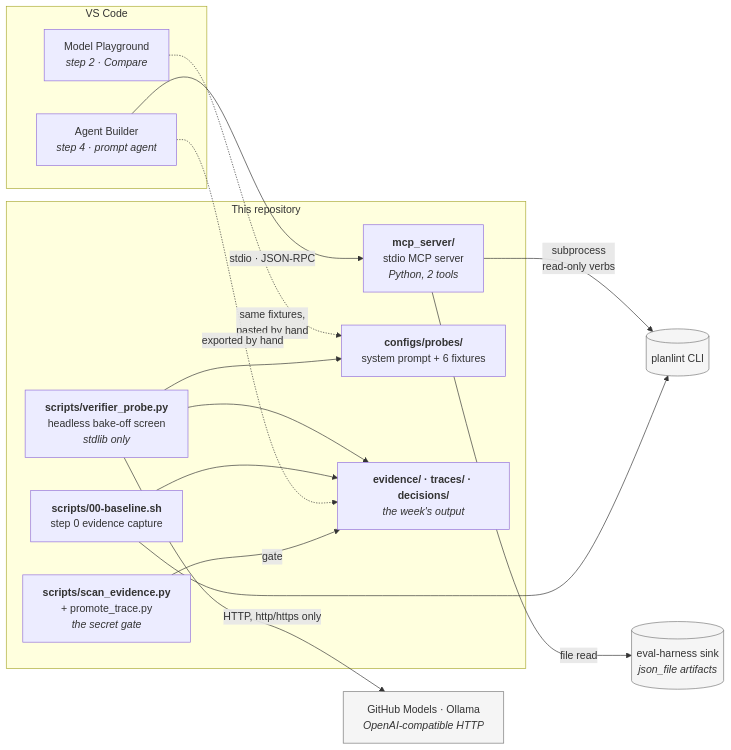
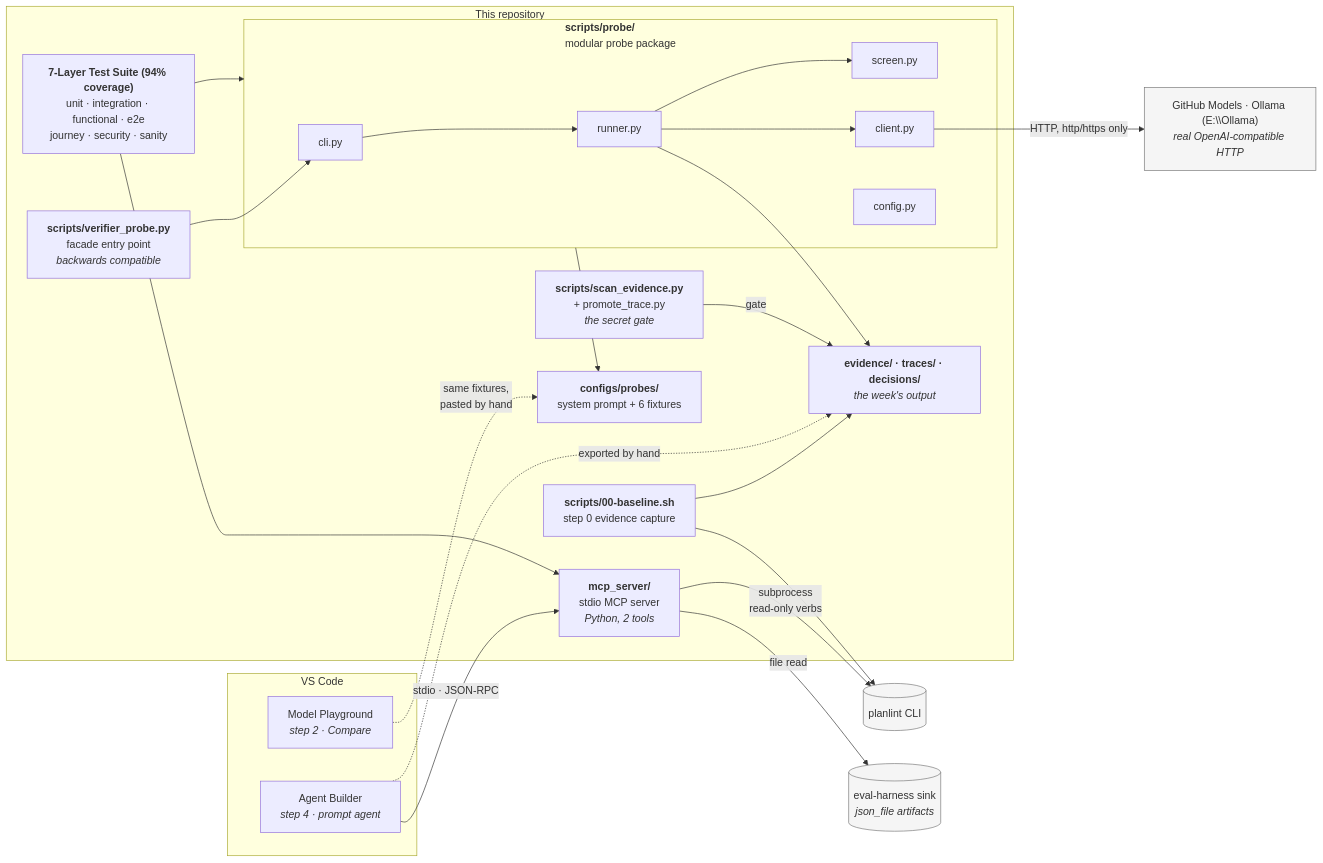
One commit to ianshank/Foundry-week-1 changed the second of 5 diagrams in docs/architecture/C4.md. Above: the diagram before and after it, drawn with Mermaid. The commit also changed other lines of this file and 60 other files, not shown here.

First line of the commit message:
feat(spike): harden week-1 spike with 7-layer test suite, god file decomposition, and quality gates

````diff
--- a/docs/architecture/C4.md
+++ b/docs/architecture/C4.md
@@ -63,35 +63,49 @@
 ```mermaid
 graph LR
     subgraph vs["VS Code"]
         pg["Model Playground<br/><i>step 2 · Compare</i>"]
         ab["Agent Builder<br/><i>step 4 · prompt agent</i>"]
     end
 
     subgraph repo["This repository"]
         server["<b>mcp_server/</b><br/>stdio MCP server<br/><i>Python, 2 tools</i>"]
-        probe["<b>scripts/verifier_probe.py</b><br/>headless bake-off screen<br/><i>stdlib only</i>"]
+        probe_facade["<b>scripts/verifier_probe.py</b><br/>facade entry point<br/><i>backwards compatible</i>"]
+        subgraph probe_pkg["<b>scripts/probe/</b><br/>modular probe package"]
+            probe_cli["cli.py"]
+            probe_runner["runner.py"]
+            probe_screen["screen.py"]
+            probe_client["client.py"]
+            probe_config["config.py"]
+        end
         baseline["<b>scripts/00-baseline.sh</b><br/>step 0 evidence capture"]
         scan["<b>scripts/scan_evidence.py</b><br/>+ promote_trace.py<br/><i>the secret gate</i>"]
         fixtures["<b>configs/probes/</b><br/>system prompt + 6 fixtures"]
         evidence["<b>evidence/ · traces/ · decisions/</b><br/><i>the week's output</i>"]
+        test_suite["<b>7-Layer Test Suite (94% coverage)</b><br/>unit · integration · functional · e2e<br/>journey · security · sanity"]
     end
 
     planlint[("planlint CLI")]
     sink[("eval-harness sink<br/><i>json_file artifacts</i>")]
-    models["GitHub Models · Ollama<br/><i>OpenAI-compatible HTTP</i>"]
+    models["GitHub Models · Ollama (E:\\Ollama)<br/><i>real OpenAI-compatible HTTP</i>"]
 
     ab -->|"stdio · JSON-RPC"| server
     pg -.->|"same fixtures,<br/>pasted by hand"| fixtures
-    probe --> fixtures
-    probe -->|"HTTP, http/https only"| models
+    probe_facade --> probe_cli
+    probe_cli --> probe_runner
+    probe_runner --> probe_screen
+    probe_runner --> probe_client
+    probe_client -->|"HTTP, http/https only"| models
+    probe_pkg --> fixtures
     server -->|"subprocess<br/>read-only verbs"| planlint
     server -->|"file read"| sink
     baseline --> planlint
-    probe --> evidence
+    probe_runner --> evidence
     baseline --> evidence
     ab -.->|"exported by hand"| evidence
     scan -->|"gate"| evidence
+    test_suite --> server
+    test_suite --> probe_pkg
 
     classDef store fill:#f5f5f5,stroke:#777
     class planlint,sink,models store
 ```
````
